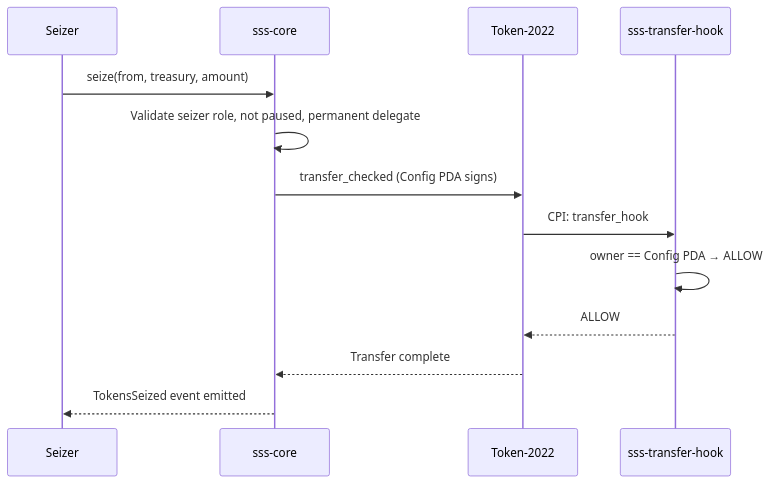
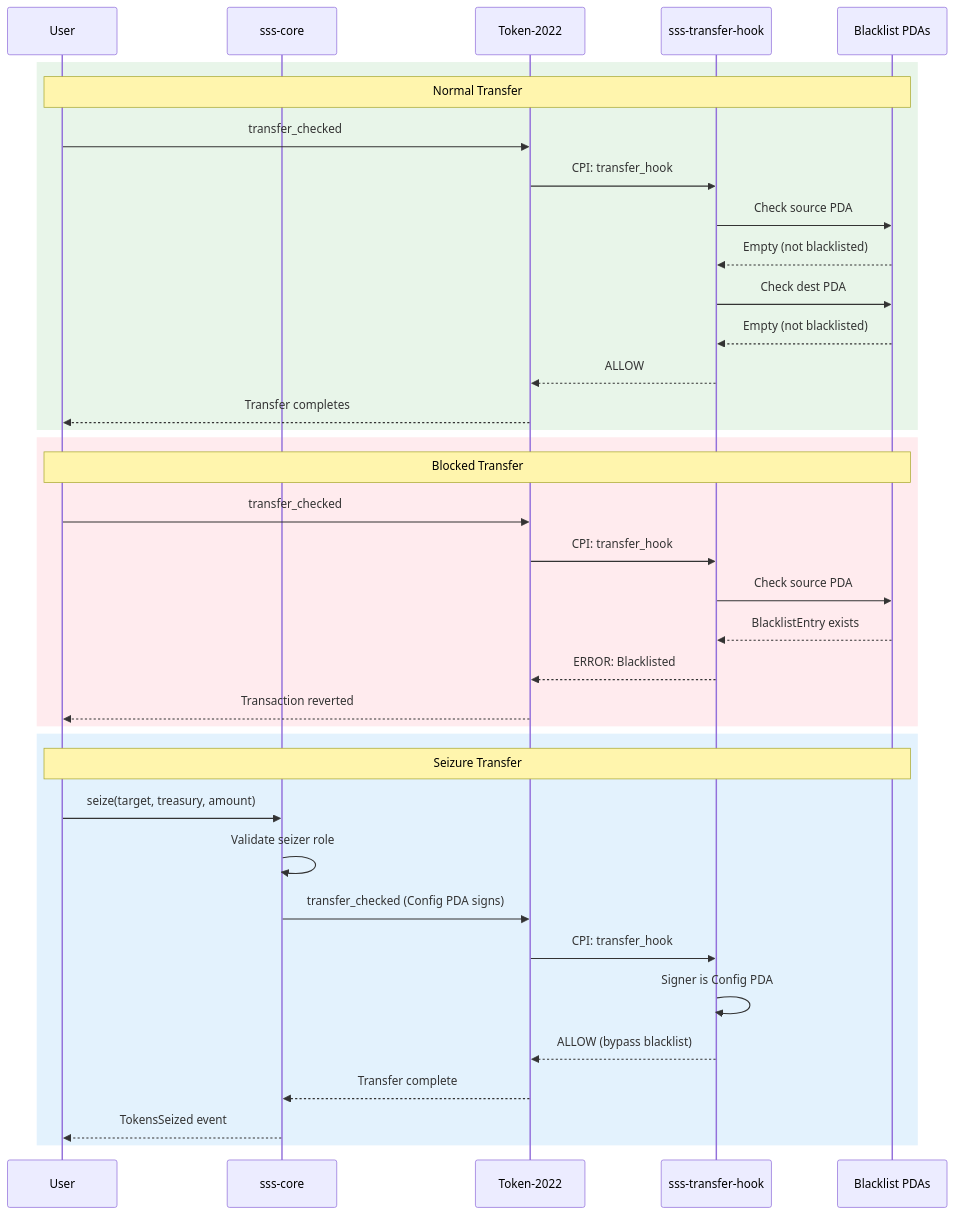
Before and after one commit to ArpitaGanatra/solana-stablecoin-standard: the second of 2 diagrams in SSS-2.md, drawn with Mermaid. The commit also changed other lines of this file and 7 other files, not shown here.

````diff
--- a/SSS-2.md
+++ b/SSS-2.md
@@ -255,16 +81,42 @@
 ```mermaid
 sequenceDiagram
-    participant Seizer
+    participant User
     participant Core as sss-core
     participant T22 as Token-2022
     participant Hook as sss-transfer-hook
+    participant BL as Blacklist PDAs
 
-    Seizer->>Core: seize(from, treasury, amount)
-    Core->>Core: Validate seizer role, not paused, permanent delegate
+    rect rgb(232, 245, 233)
+    Note over User, BL: Normal Transfer
+    User->>T22: transfer_checked
+    T22->>Hook: CPI: transfer_hook
+    Hook->>BL: Check source PDA
+    BL-->>Hook: Empty (not blacklisted)
+    Hook->>BL: Check dest PDA
+    BL-->>Hook: Empty (not blacklisted)
+    Hook-->>T22: ALLOW
+    T22-->>User: Transfer completes
+    end
+
+    rect rgb(255, 235, 238)
+    Note over User, BL: Blocked Transfer
+    User->>T22: transfer_checked
+    T22->>Hook: CPI: transfer_hook
+    Hook->>BL: Check source PDA
+    BL-->>Hook: BlacklistEntry exists
+    Hook-->>T22: ERROR: Blacklisted
+    T22-->>User: Transaction reverted
+    end
+
+    rect rgb(227, 242, 253)
+    Note over User, BL: Seizure Transfer
+    User->>Core: seize(target, treasury, amount)
+    Core->>Core: Validate seizer role
     Core->>T22: transfer_checked (Config PDA signs)
     T22->>Hook: CPI: transfer_hook
-    Hook->>Hook: owner == Config PDA → ALLOW
-    Hook-->>T22: ALLOW
+    Hook->>Hook: Signer is Config PDA
+    Hook-->>T22: ALLOW (bypass blacklist)
     T22-->>Core: Transfer complete
-    Core-->>Seizer: TokensSeized event emitted
+    Core-->>User: TokensSeized event
+    end
 ```
````
